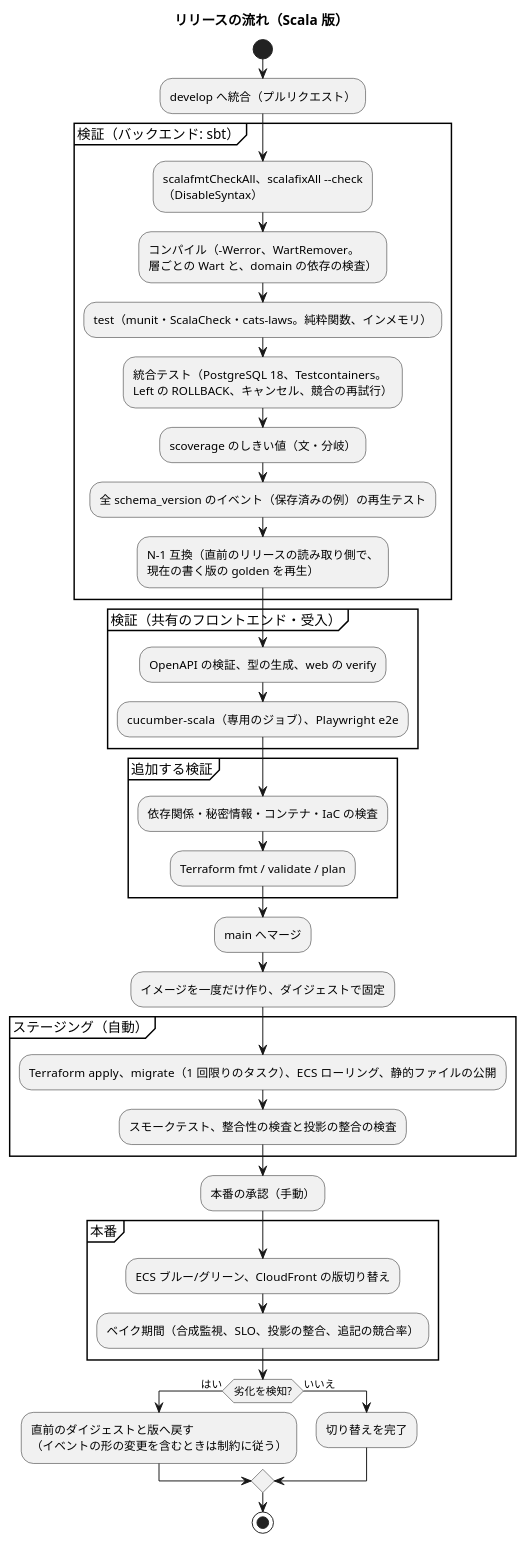
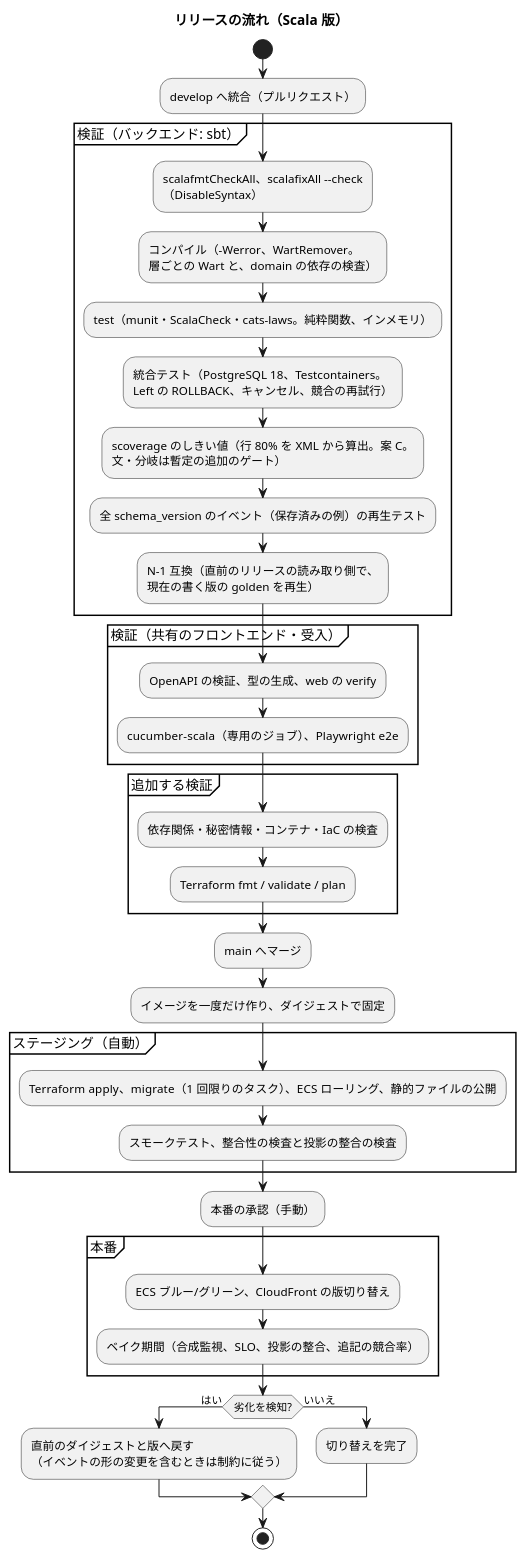
The diagram in docs/design/beer-game-scala/operation.md (k2works/case-study-beer-game-simulation), drawn with PlantUML before and after one commit. The commit also changed other lines of this file and 14 other files, not shown here.

````diff
--- a/docs/design/beer-game-scala/operation.md
+++ b/docs/design/beer-game-scala/operation.md
@@ -190,42 +207,42 @@
 ```plantuml
 @startuml
 title リリースの流れ（Scala 版）
 
 start
 :develop へ統合（プルリクエスト）;
 partition "検証（バックエンド: sbt）" {
   :scalafmtCheckAll、scalafixAll --check\n（DisableSyntax）;
   :コンパイル（-Werror、WartRemover。\n層ごとの Wart と、domain の依存の検査）;
   :test（munit・ScalaCheck・cats-laws。純粋関数、インメモリ）;
   :統合テスト（PostgreSQL 18、Testcontainers。\nLeft の ROLLBACK、キャンセル、競合の再試行）;
-  :scoverage のしきい値（文・分岐）;
+  :scoverage のしきい値（行 80% を XML から算出。案 C。\n文・分岐は暫定の追加のゲート）;
   :全 schema_version のイベント（保存済みの例）の再生テスト;
   :N-1 互換（直前のリリースの読み取り側で、\n現在の書く版の golden を再生）;
 }
 partition "検証（共有のフロントエンド・受入）" {
   :OpenAPI の検証、型の生成、web の verify;
   :cucumber-scala（専用のジョブ）、Playwright e2e;
 }
 partition "追加する検証" {
   :依存関係・秘密情報・コンテナ・IaC の検査;
   :Terraform fmt / validate / plan;
 }
 :main へマージ;
 :イメージを一度だけ作り、ダイジェストで固定;
 partition "ステージング（自動）" {
   :Terraform apply、migrate（1 回限りのタスク）、ECS ローリング、静的ファイルの公開;
   :スモークテスト、整合性の検査と投影の整合の検査;
 }
 :本番の承認（手動）;
 partition "本番" {
   :ECS ブルー/グリーン、CloudFront の版切り替え;
   :ベイク期間（合成監視、SLO、投影の整合、追記の競合率）;
 }
 if (劣化を検知?) then (はい)
   :直前のダイジェストと版へ戻す\n（イベントの形の変更を含むときは制約に従う）;
 else (いいえ)
   :切り替えを完了;
 endif
 stop
 @enduml
 ```
````
